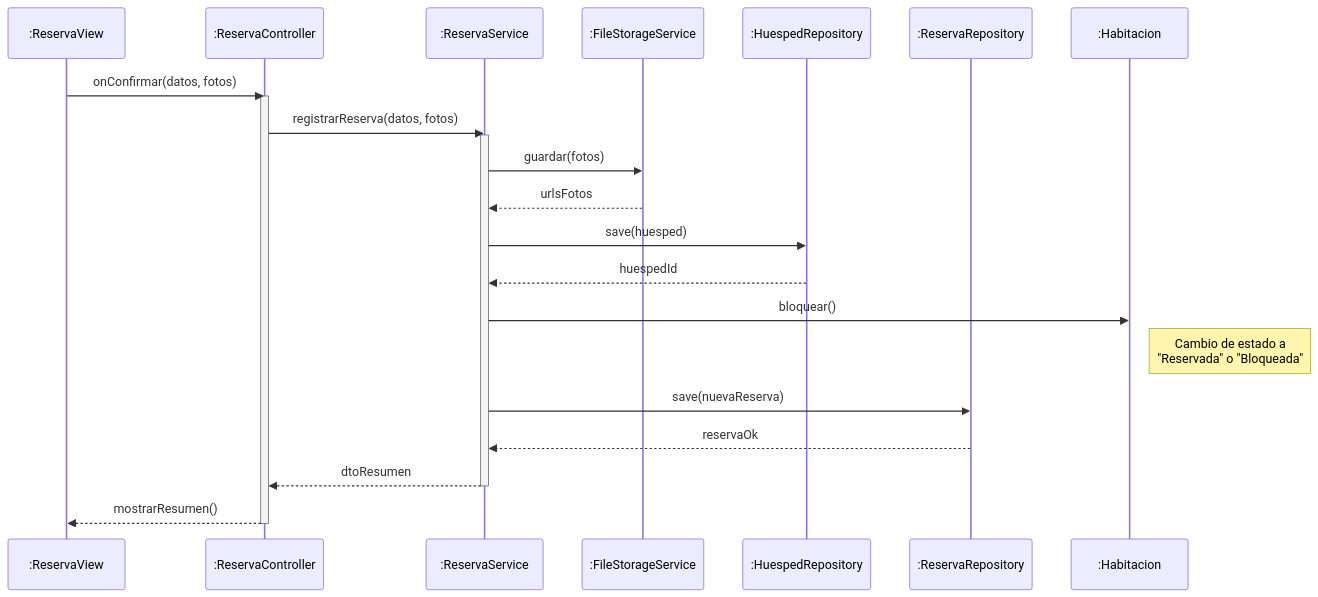
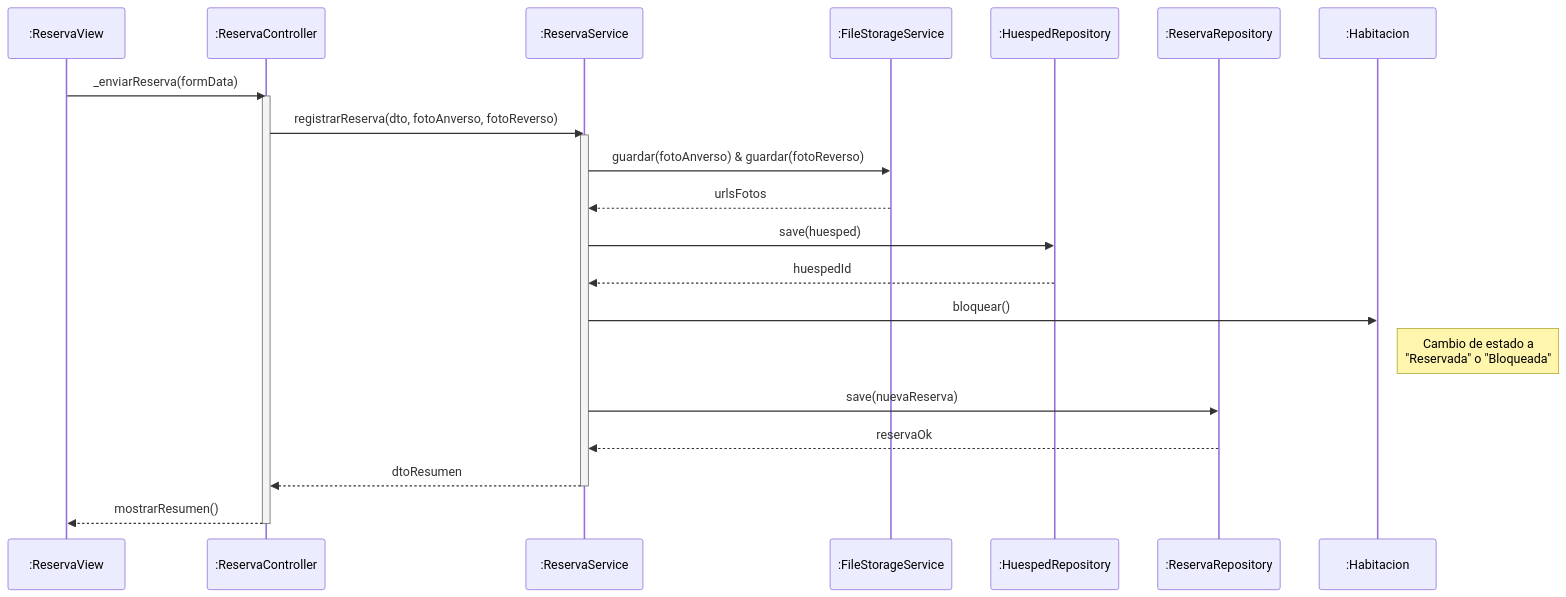
One commit to Tsmrain/GestionSistemas changed the diagram in 03_Diseño/CU-02-Registrar-Reserva/CU-02_Secuencia.mmd. Above: the diagram before and after it, drawn with Mermaid. The commit also changed 3 other files, not shown here.

Commit message:
docs: update diagrams to reflect actual code implementation

```diff
--- a/03_Diseño/CU-02-Registrar-Reserva/CU-02_Secuencia.mmd
+++ b/03_Diseño/CU-02-Registrar-Reserva/CU-02_Secuencia.mmd
@@ -1,30 +1,30 @@
 sequenceDiagram
     participant UI as :ReservaView
     participant Ctrl as :ReservaController
     participant Serv as :ReservaService
     participant Storage as :FileStorageService
     participant RepoH as :HuespedRepository
     participant RepoR as :ReservaRepository
     participant Hab as :Habitacion
 
-    UI->>Ctrl: onConfirmar(datos, fotos)
+    UI->>Ctrl: _enviarReserva(formData)
     activate Ctrl
-    Ctrl->>Serv: registrarReserva(datos, fotos)
+    Ctrl->>Serv: registrarReserva(dto, fotoAnverso, fotoReverso)
     activate Serv
     
-    Serv->>Storage: guardar(fotos)
+    Serv->>Storage: guardar(fotoAnverso) & guardar(fotoReverso)
     Storage-->>Serv: urlsFotos
     
     Serv->>RepoH: save(huesped)
     RepoH-->>Serv: huespedId
     
     Serv->>Hab: bloquear()
     Note right of Hab: Cambio de estado a <br/>"Reservada" o "Bloqueada"
     
     Serv->>RepoR: save(nuevaReserva)
     RepoR-->>Serv: reservaOk
     
     Serv-->>Ctrl: dtoResumen
     deactivate Serv
     Ctrl-->>UI: mostrarResumen()
     deactivate Ctrl
```
